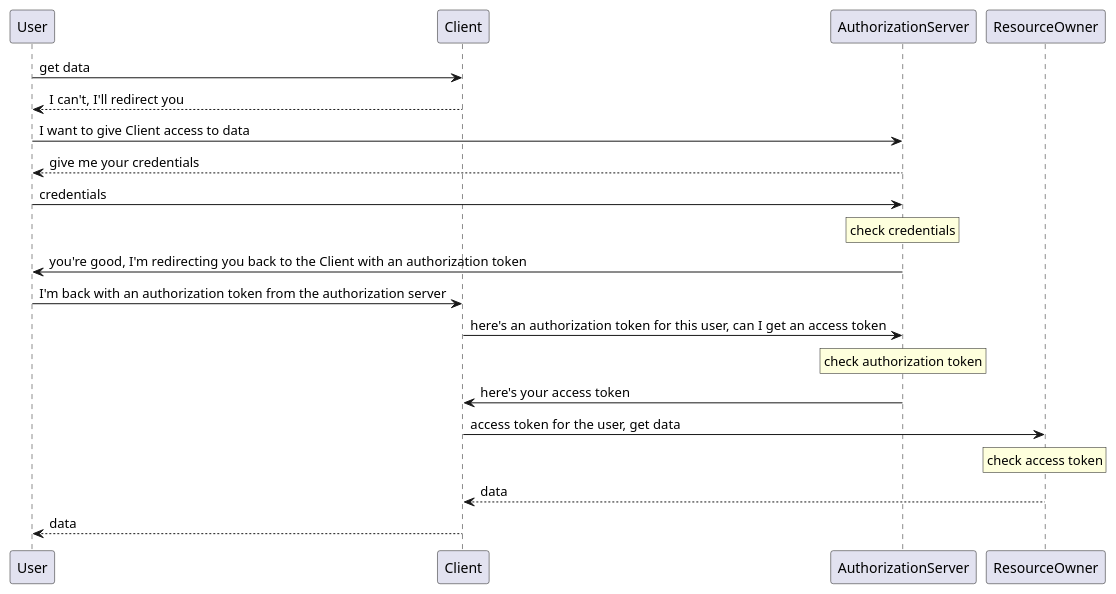
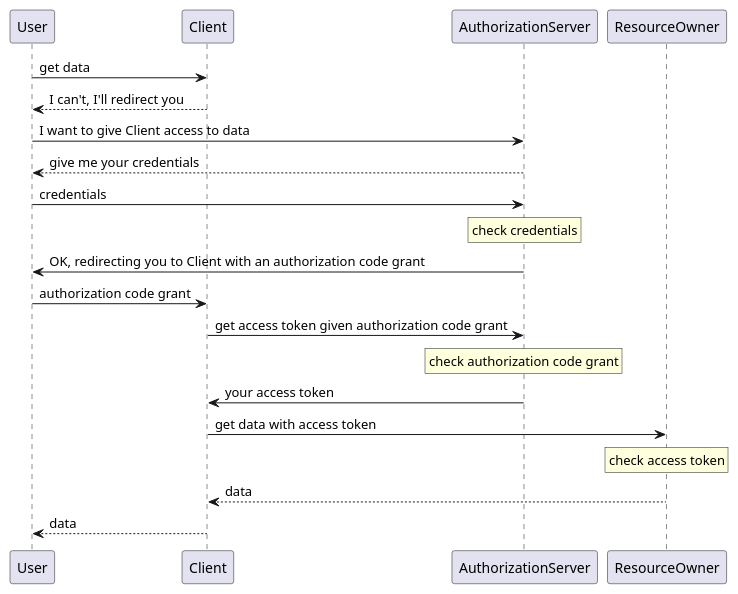
Before and after one commit to sheymans/elementsOf: the diagram in oauth2/images/authorization_token_abstract.puml, drawn with PlantUML. The commit also changed 8 other files, not shown here.

```diff
--- a/oauth2/images/authorization_token_abstract.puml
+++ b/oauth2/images/authorization_token_abstract.puml
@@ -1,23 +1,23 @@
 @startuml
 User -> Client:  get data
 Client --> User: I can't, I'll redirect you
 User -> AuthorizationServer: I want to give Client access to data
 AuthorizationServer --> User: give me your credentials
 User -> AuthorizationServer: credentials
 rnote over AuthorizationServer
   check credentials
 endrnote
-AuthorizationServer -> User: you're good, I'm redirecting you back to the Client with an authorization token
-User -> Client: I'm back with an authorization token from the authorization server
-Client -> AuthorizationServer: here's an authorization token for this user, can I get an access token
+AuthorizationServer -> User: OK, redirecting you to Client with an authorization code grant
+User -> Client: authorization code grant
+Client -> AuthorizationServer: get access token given authorization code grant
 rnote over AuthorizationServer
-  check authorization token
+  check authorization code grant
 endrnote
-AuthorizationServer -> Client: here's your access token
-Client -> ResourceOwner: access token for the user, get data
+AuthorizationServer -> Client: your access token
+Client -> ResourceOwner: get data with access token
 rnote over ResourceOwner
   check access token
 endrnote
 ResourceOwner --> Client: data
 Client --> User: data
 @enduml
```
